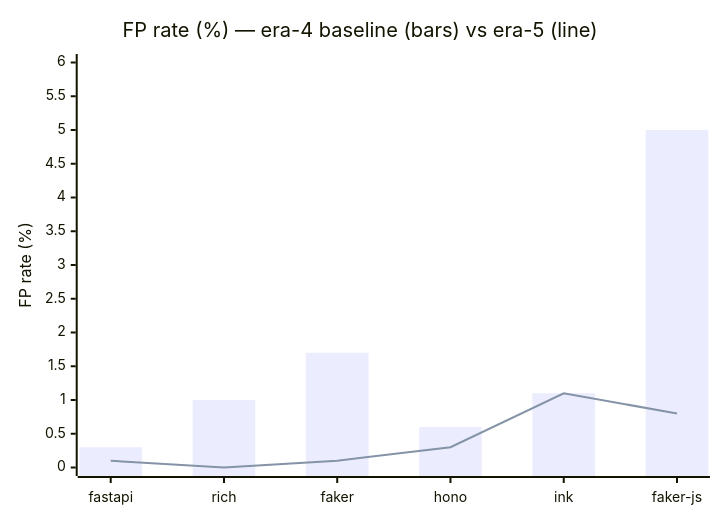
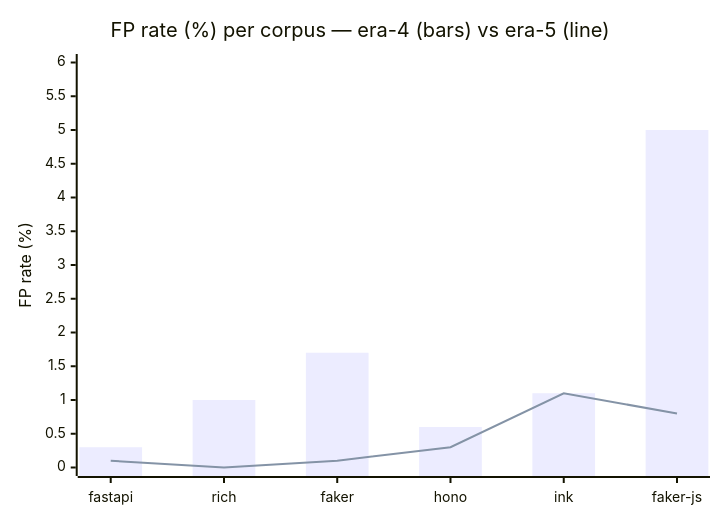
One commit to get-tmonier/argot changed the third of 4 diagrams in docs/research/README.md. Above: the diagram before and after it, drawn with Mermaid. The commit also changed other lines of this file, not shown here.

Commit message:
docs(research): normalize arc chart to gate-clearance; add per-corpus era-4 vs era-5 detail charts

````diff
--- a/docs/research/README.md
+++ b/docs/research/README.md
@@ -61,8 +85,8 @@
 ```mermaid
 xychart-beta
-    title "FP rate (%) — era-4 baseline (bars) vs era-5 (line)"
+    title "FP rate (%) per corpus — era-4 (bars) vs era-5 (line)"
     x-axis ["fastapi", "rich", "faker", "hono", "ink", "faker-js"]
     y-axis "FP rate (%)" 0 --> 6
     bar [0.3, 1.0, 1.7, 0.6, 1.1, 5.0]
     line [0.1, 0.0, 0.1, 0.3, 1.1, 0.8]
 ```
````
